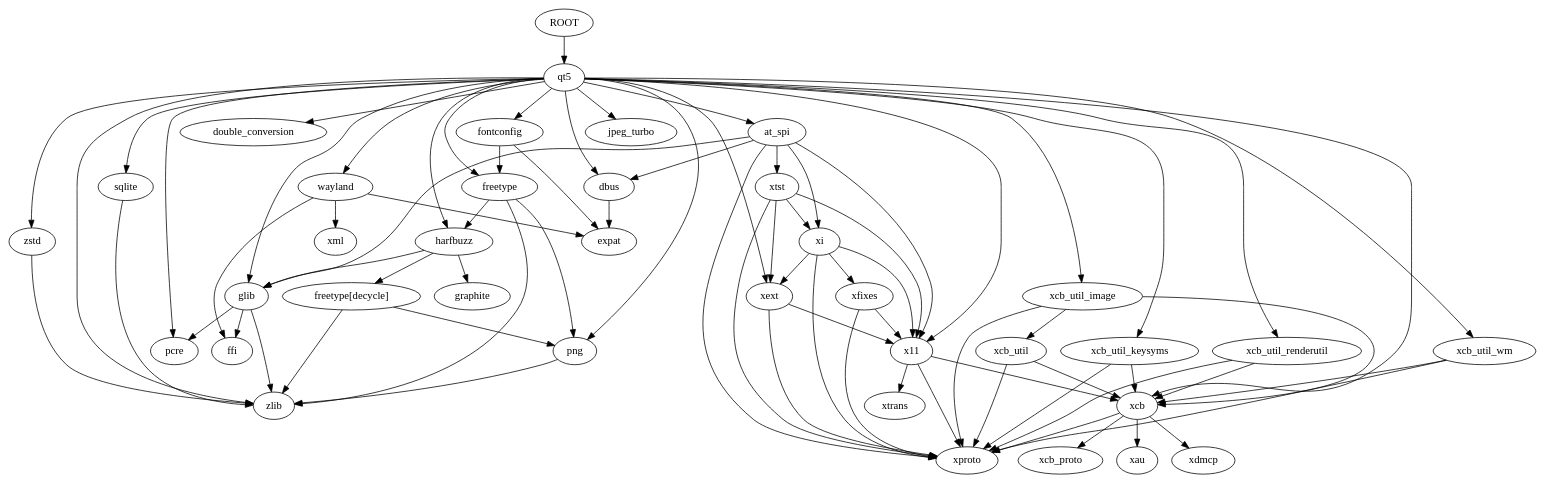
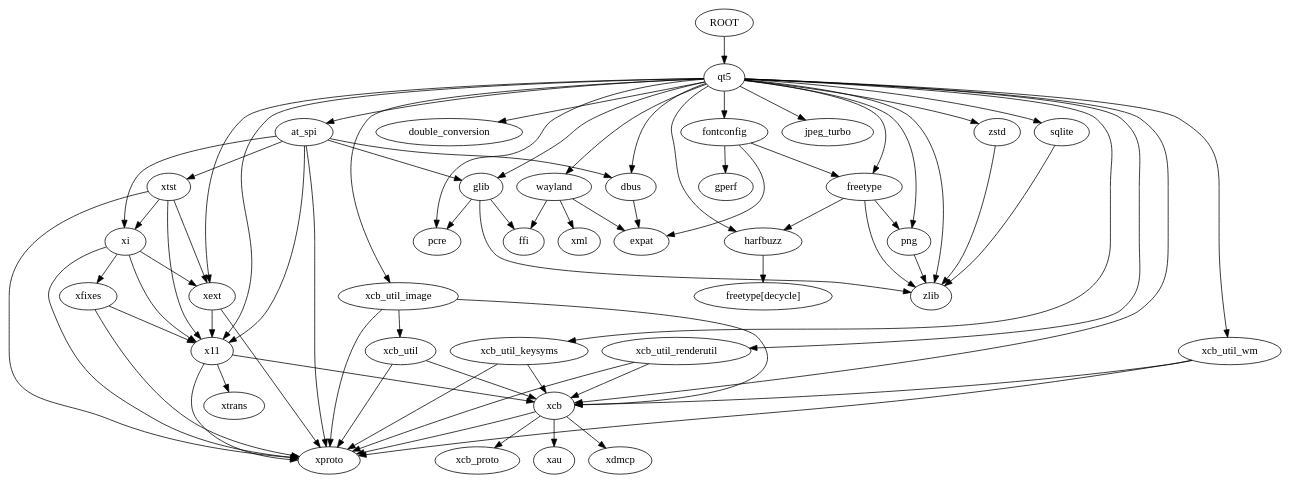
The diagram in depgraph.dot (CyanoHao/appimage-builder), drawn with Graphviz before and after one commit. The commit also changed 5 other files, not shown here.

```diff
--- a/depgraph.dot
+++ b/depgraph.dot
@@ -1,32 +1,32 @@
 digraph {
   ROOT -> { qt5 };
   at_spi -> { dbus, glib, x11, xi, xtst, xproto };
   dbus -> { expat };
   double_conversion;
   expat;
   ffi;
-  fontconfig -> { expat, freetype };
+  fontconfig -> { expat, freetype, gperf };
   freetype -> { harfbuzz, png, zlib };
+  "freetype[decycle]";
   glib -> { ffi, pcre, zlib };
-  harfbuzz -> { "freetype[decycle]", glib, graphite };
-  "freetype[decycle]" -> { png, zlib };
+  harfbuzz -> { "freetype[decycle]" };
   png -> { zlib };
   qt5 -> { dbus, double_conversion, at_spi, fontconfig, freetype, glib, harfbuzz, jpeg_turbo, pcre, png, sqlite, wayland, x11, xcb, xcb_util_image, xcb_util_keysyms, xcb_util_renderutil, xcb_util_wm, xext, zlib, zstd };
   sqlite -> { zlib };
   wayland -> { expat, ffi, xml };
   x11 -> { xcb, xproto, xtrans };
   xcb -> { xau, xdmcp, xcb_proto, xproto };
   xcb_util -> { xcb, xproto };
   xcb_util_image -> { xcb, xcb_util, xproto };
   xcb_util_keysyms -> { xcb, xproto };
   xcb_util_renderutil -> { xcb, xproto };
   xcb_util_wm -> { xcb, xproto };
   xext -> { x11, xproto };
   xfixes -> { x11, xproto };
   xi -> { x11, xext, xfixes, xproto };
   xproto;
   xtrans;
   xtst -> { x11, xext, xi, xproto };
   zlib;
   zstd -> { zlib };
 }
```
